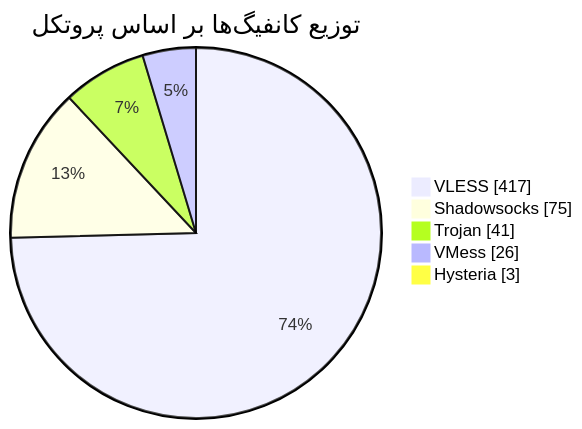
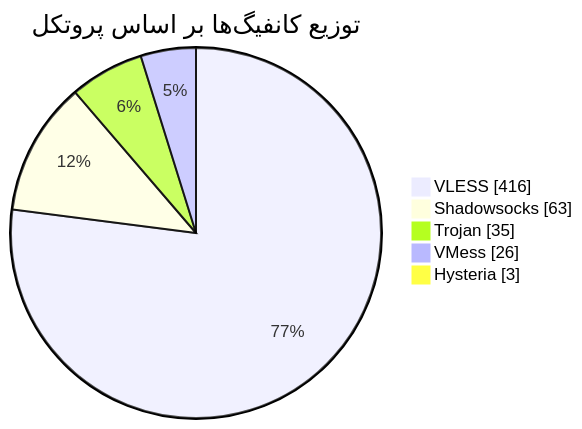
The diagram in README.md (Arian-Alijani/Somthing), drawn with Mermaid before and after one commit. The commit also changed other lines of this file and 81 other files, not shown here.

````diff
--- a/README.md
+++ b/README.md
@@ -47,9 +47,9 @@
 ```mermaid
 pie showData
     title توزیع کانفیگ‌ها بر اساس پروتکل
-    "VLESS" : 417
-    "Shadowsocks" : 75
-    "Trojan" : 41
+    "VLESS" : 416
+    "Shadowsocks" : 63
+    "Trojan" : 35
     "VMess" : 26
     "Hysteria" : 3
 ```
````
